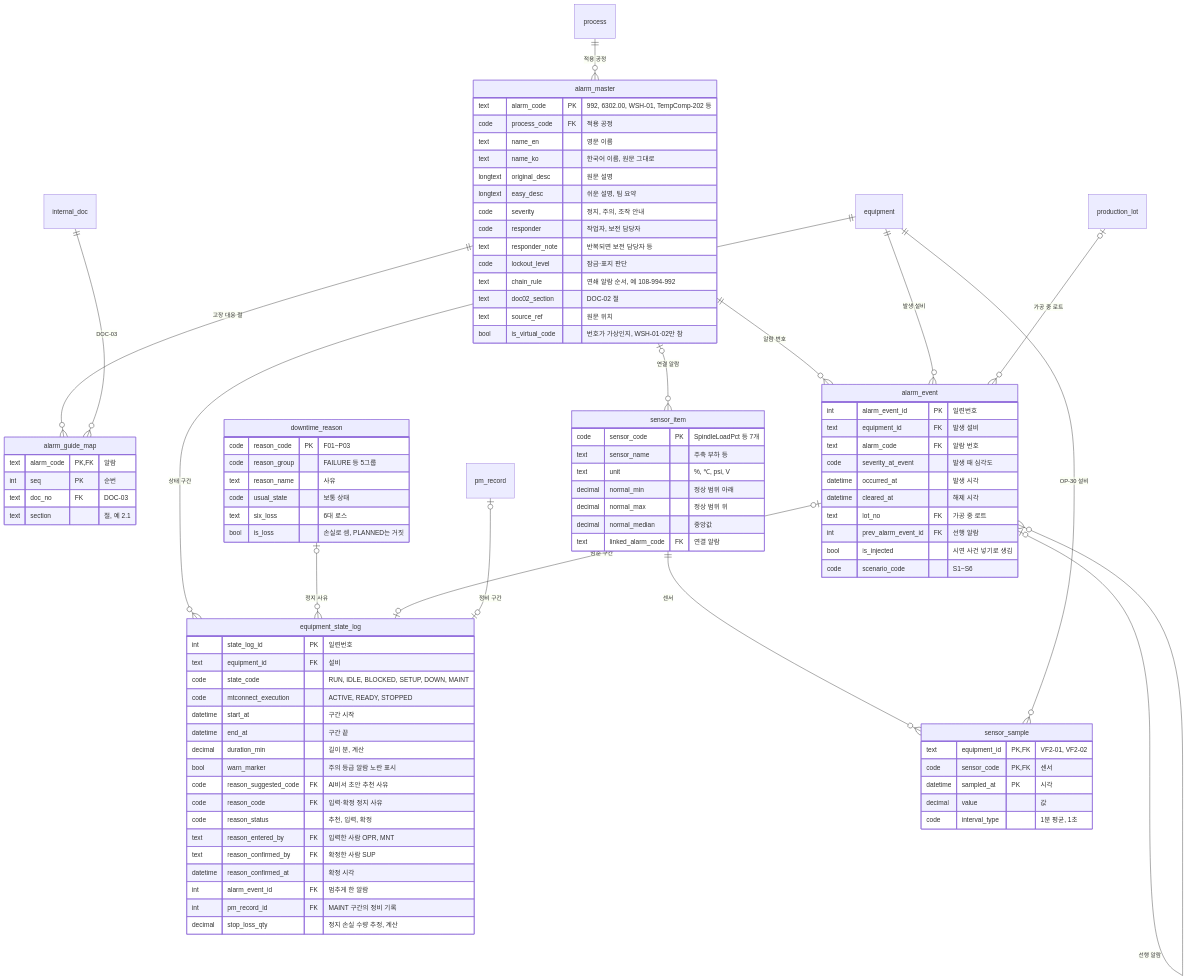
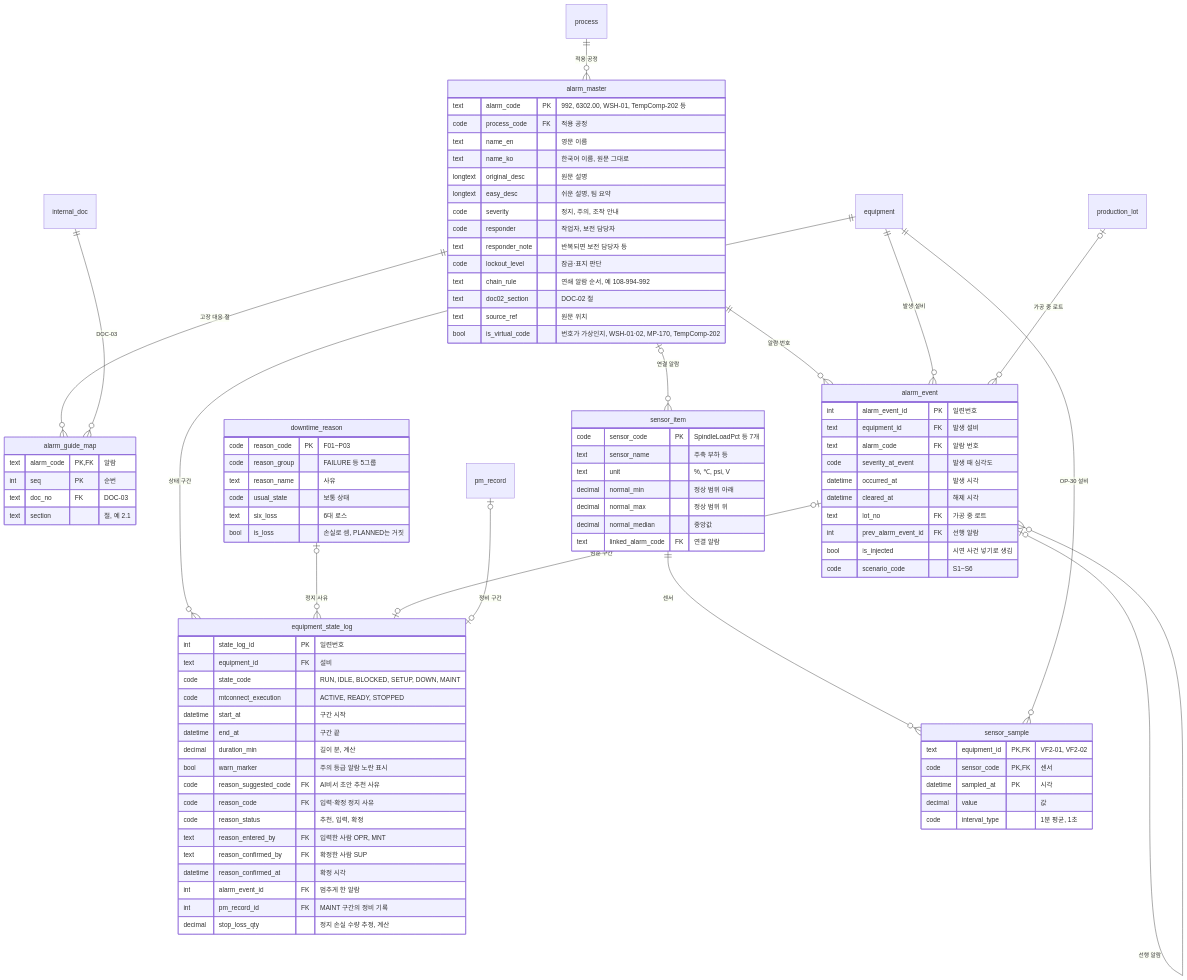
The fourth of 9 diagrams in 11_automotive/논리ERD_최종본.md (Ion-Mill/VF-2), drawn with Mermaid before and after one commit. The commit also changed other lines of this file and 194 other files, not shown here.

```diff
--- a/11_automotive/논리ERD_최종본.md
+++ b/11_automotive/논리ERD_최종본.md
@@ -534,7 +534,7 @@
         text chain_rule "연쇄 알람 순서, 예 108-994-992"
         text doc02_section "DOC-02 절"
         text source_ref "원문 위치"
-        bool is_virtual_code "번호가 가상인지, WSH-01·02만 참"
+        bool is_virtual_code "번호가 가상인지, WSH-01·02, MP-170, TempComp-202"
     }
     alarm_guide_map {
         text alarm_code PK, FK "알람"
```
